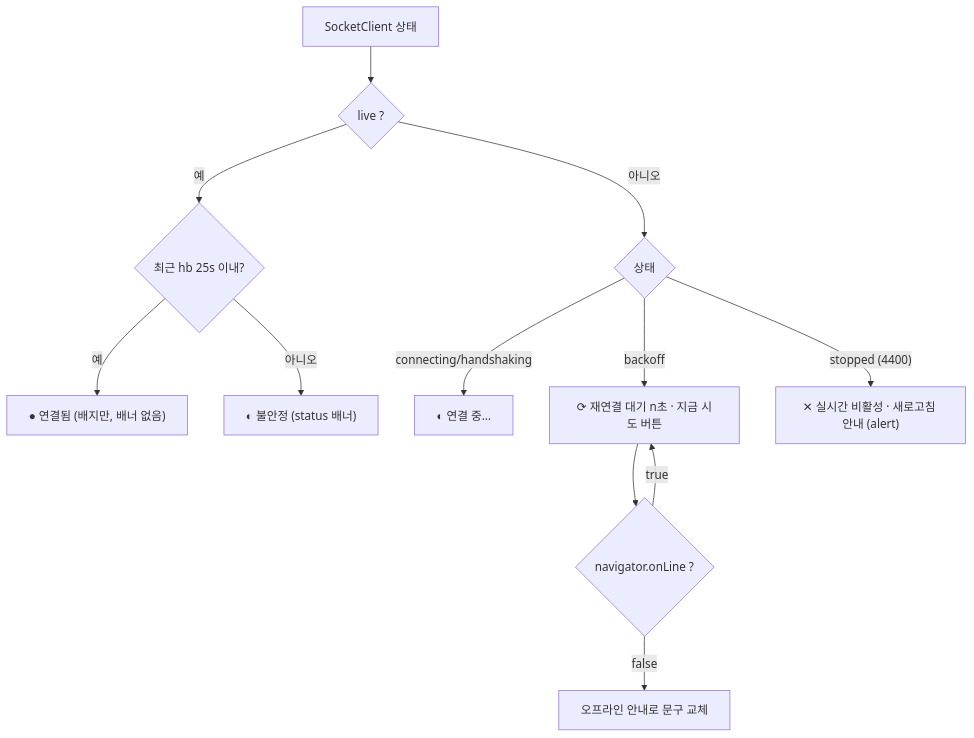
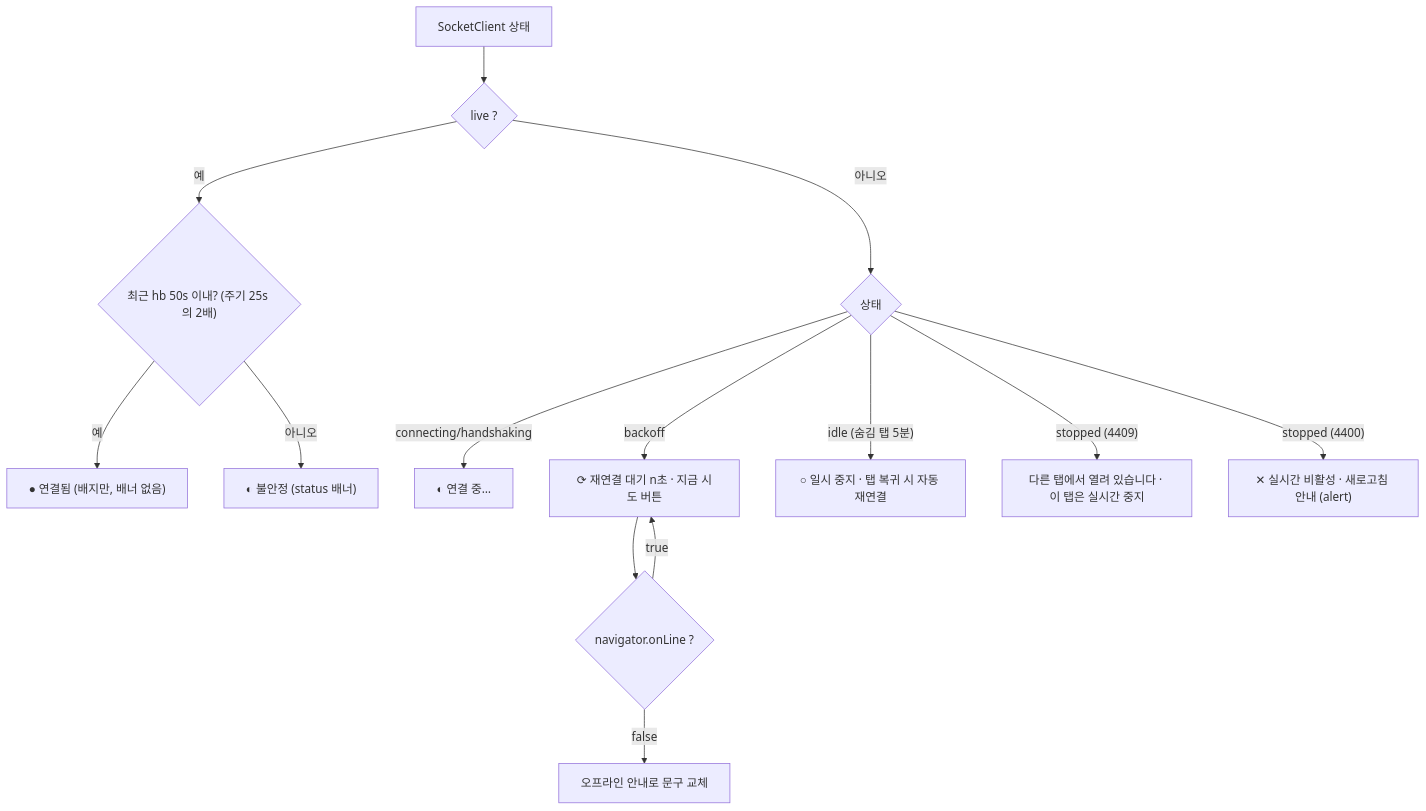
Before and after one commit to 1985jwlee/portpolio_backend: the second of 9 diagrams in docs/design/07-frontend.md, drawn with Mermaid. The commit also changed other lines of this file and 33 other files, not shown here.

````diff
--- a/docs/design/07-frontend.md
+++ b/docs/design/07-frontend.md
@@ -243,14 +244,16 @@
 ```mermaid
 flowchart TD
     A["SocketClient 상태"] --> L{"live ?"}
-    L -- "예" --> G{"최근 hb 25s 이내?"}
+    L -- "예" --> G{"최근 hb 50s 이내? (주기 25s 의 2배)"}
     G -- "예" --> OK["● 연결됨 (배지만, 배너 없음)"]
     G -- "아니오" --> S1["◐ 불안정 (status 배너)"]
     L -- "아니오" --> B{"상태"}
     B -- "connecting/handshaking" --> S2["◐ 연결 중…"]
     B -- "backoff" --> S3["⟳ 재연결 대기 n초 · 지금 시도 버튼"]
+    B -- "idle (숨김 탭 5분)" --> S6["○ 일시 중지 · 탭 복귀 시 자동 재연결"]
+    B -- "stopped (4409)" --> S7["다른 탭에서 열려 있습니다 · 이 탭은 실시간 중지"]
     B -- "stopped (4400)" --> S4["✕ 실시간 비활성 · 새로고침 안내 (alert)"]
     S3 --> N{"navigator.onLine ?"}
     N -- "false" --> S5["오프라인 안내로 문구 교체"]
     N -- "true" --> S3
 ```
````
